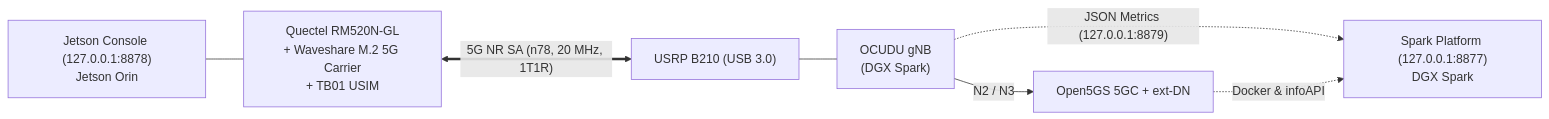
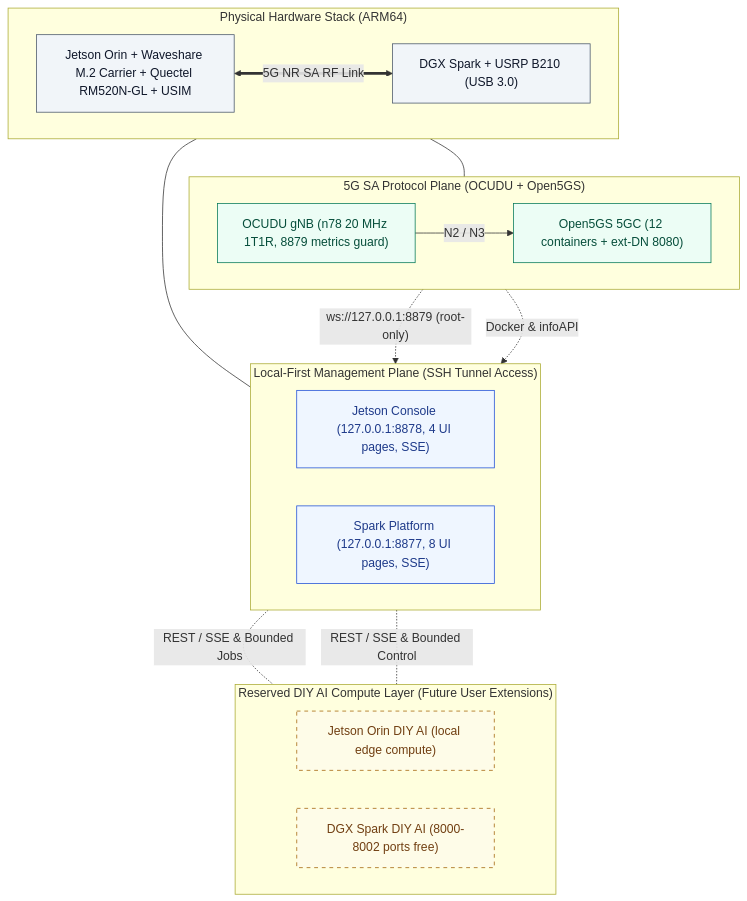
Before and after one commit to HKUOpenSource/OpenAirKit: the diagram in README.md, drawn with Mermaid. The commit also changed other lines of this file and 47 other files, not shown here.

Commit message:
docs: prepare public-release documentation, layered diagrams, and brand asset slots

````diff
--- a/README.md
+++ b/README.md
@@ -30,9 +42,40 @@
 ```mermaid
-flowchart LR
-  JC["Jetson Console (127.0.0.1:8878)<br/>Jetson Orin"] --- MODEM["Quectel RM520N-GL<br/>+ Waveshare M.2 5G Carrier<br/>+ TB01 USIM"]
-  MODEM <== "5G NR SA (n78, 20 MHz, 1T1R)" ==> B210["USRP B210 (USB 3.0)"]
-  B210 --- RAN["OCUDU gNB<br/>(DGX Spark)"]
-  RAN -- "N2 / N3" --> CORE["Open5GS 5GC + ext-DN"]
-  RAN -. "JSON Metrics (127.0.0.1:8879)" .-> SP["Spark Platform (127.0.0.1:8877)<br/>DGX Spark"]
+flowchart TB
+  classDef hw fill:#f1f5f9,stroke:#475569,color:#0f172a
+  classDef stack fill:#ecfdf5,stroke:#047857,color:#064e3b
+  classDef mgmt fill:#eff6ff,stroke:#1d4ed8,color:#1e3a8a
+  classDef ai fill:#fefce8,stroke:#a16207,stroke-dasharray:5 5,color:#713f12
+
+  subgraph AI["Reserved DIY AI Compute Layer (Future User Extensions)"]
+    direction LR
+    JAI["Jetson Orin DIY AI (local edge compute)"]:::ai
+    SAI["DGX Spark DIY AI (8000-8002 ports free)"]:::ai
+  end
+
+  subgraph MGMT["Local-First Management Plane (SSH Tunnel Access)"]
+    direction LR
+    JC["Jetson Console (127.0.0.1:8878, 4 UI pages, SSE)"]:::mgmt
+    SP["Spark Platform (127.0.0.1:8877, 8 UI pages, SSE)"]:::mgmt
+  end
+
+  subgraph STACK["5G SA Protocol Plane (OCUDU + Open5GS)"]
+    direction LR
+    RAN["OCUDU gNB (n78 20 MHz 1T1R, 8879 metrics guard)"]:::stack
+    CORE["Open5GS 5GC (12 containers + ext-DN 8080)"]:::stack
+    RAN -- "N2 / N3" --> CORE
+  end
+
+  subgraph HW["Physical Hardware Stack (ARM64)"]
+    direction LR
+    UEHW["Jetson Orin + Waveshare M.2 Carrier + Quectel RM520N-GL + USIM"]:::hw
+    BSHW["DGX Spark + USRP B210 (USB 3.0)"]:::hw
+    UEHW <== "5G NR SA RF Link" ==> BSHW
+  end
+
+  UEHW --- JC
+  BSHW --- RAN
+  RAN -. "ws://127.0.0.1:8879 (root-only)" .-> SP
   CORE -. "Docker & infoAPI" .-> SP
+  JC -. "REST / SSE & Bounded Jobs" .- JAI
+  SP -. "REST / SSE & Bounded Control" .- SAI
 ```
````
